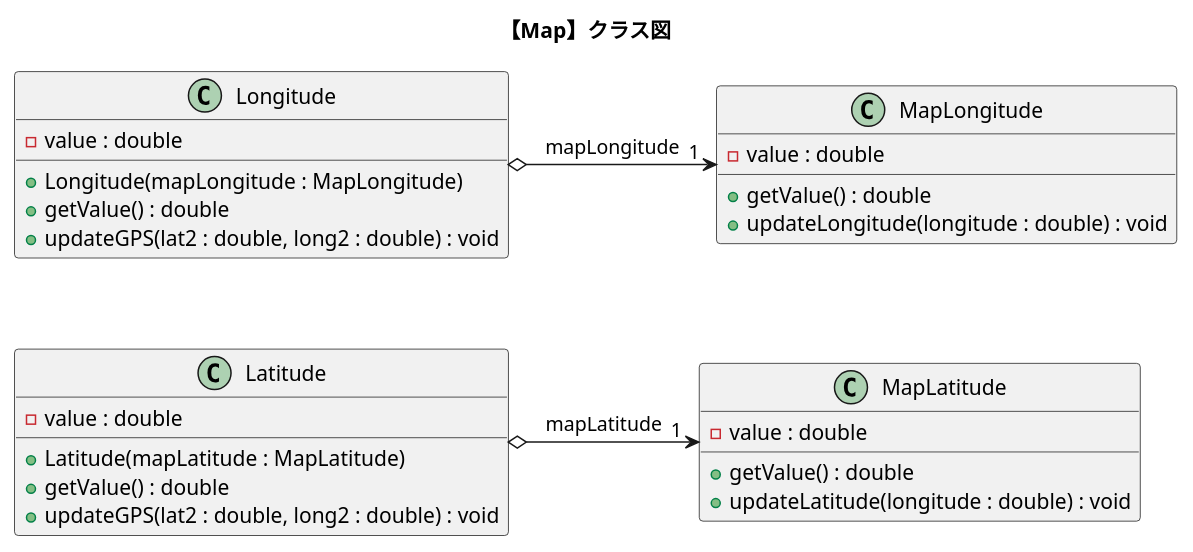
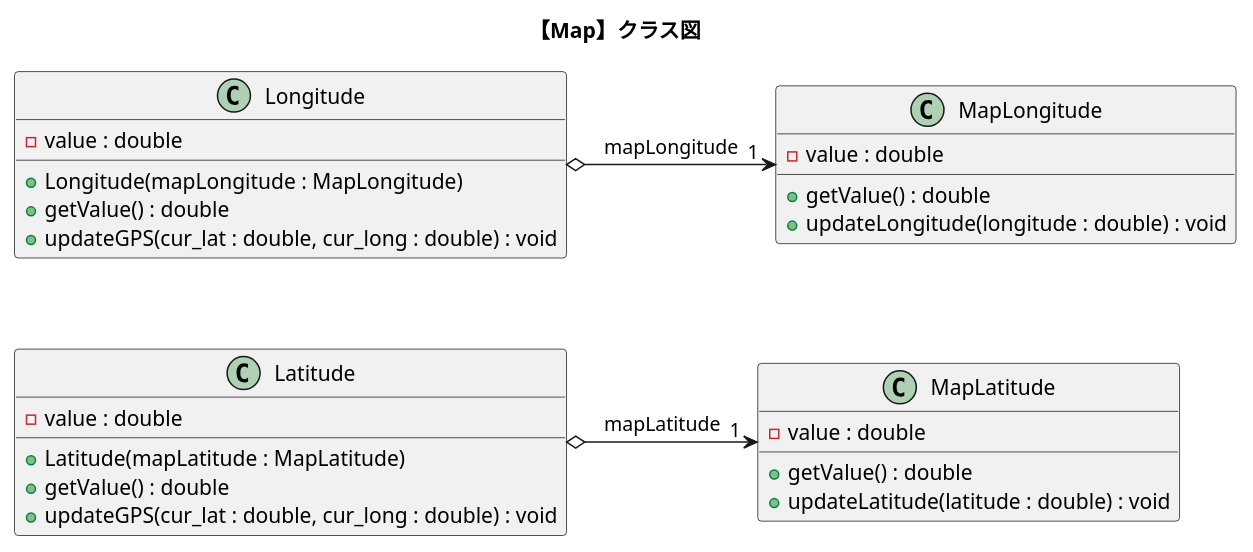
Before and after one commit to nitta-lab/TwoStagesModelingExperiments: the diagram in puml/classes/map_class_push.puml, drawn with PlantUML. The commit also changed 3 other files, not shown here.

Commit message:
・図の修正

```diff
--- a/puml/classes/map_class_push.puml
+++ b/puml/classes/map_class_push.puml
@@ -1,38 +1,38 @@
 @startuml map_class_push
 title "【Map】クラス図"
 
 together {
     class "Longitude"{
         -value : double
         +Longitude(mapLongitude : MapLongitude)
         +getValue() : double
-        +updateGPS(lat2 : double, long2 : double) : void
+        +updateGPS(cur_lat : double, cur_long : double) : void
     }
 
     class "Latitude"{
         -value : double
         +Latitude(mapLatitude : MapLatitude)
         +getValue() : double
-        +updateGPS(lat2 : double, long2 : double) : void
+        +updateGPS(cur_lat : double, cur_long : double) : void
     }
 }
 
 class "MapLongitude"{
     -value : double
     +getValue() : double
     +updateLongitude(longitude : double) : void
 }
 
 class "MapLatitude"{
     -value : double
     +getValue() : double
-    +updateLatitude(longitude : double) : void
+    +updateLatitude(latitude : double) : void
 }
 
 
 Longitude  o--right-> "1 " MapLongitude : "  mapLongitude  "
 Longitude  -[hidden]-     Latitude
 
 Latitude   o--right-> "1 " MapLatitude : "  mapLatitude  "
 
 @enduml
```
